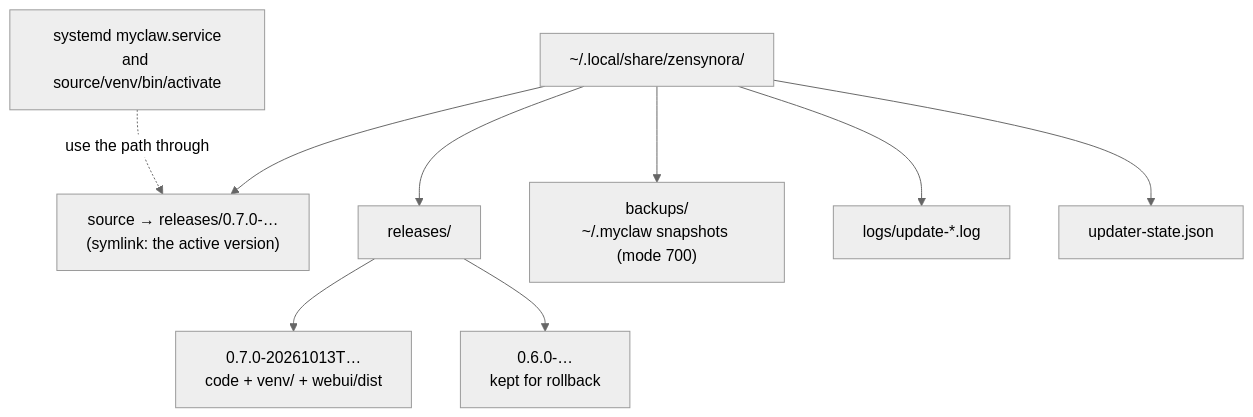
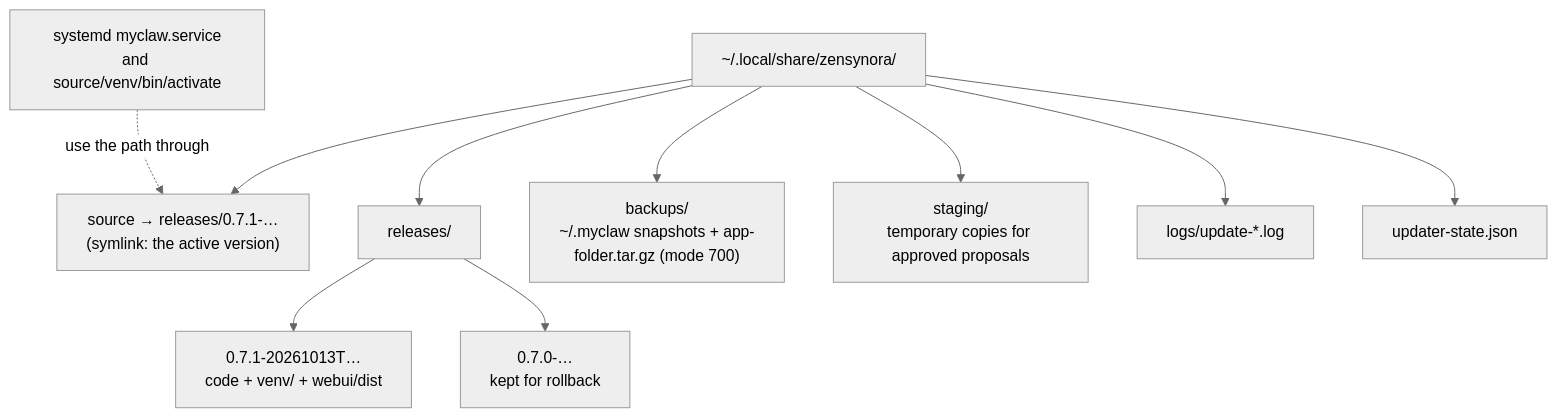
Before and after one commit to adrianx26/zensynora: diagram 11 of 14 in docs/architecture_diagram.md, drawn with Mermaid (neutral theme). The commit also changed other lines of this file and 86 other files, not shown here.

````diff
--- a/docs/architecture_diagram.md
+++ b/docs/architecture_diagram.md
@@ -352,12 +384,13 @@
 ```mermaid
 flowchart TB
     base["~/.local/share/zensynora/"]
-    base --> src["source → releases/0.7.0-…<br/>(symlink: the active version)"]
+    base --> src["source → releases/0.7.1-…<br/>(symlink: the active version)"]
     base --> rel["releases/"]
-    rel --> r1["0.7.0-20261013T…<br/>code + venv/ + webui/dist"]
-    rel --> r2["0.6.0-…<br/>kept for rollback"]
-    base --> bk["backups/<br/>~/.myclaw snapshots (mode 700)"]
+    rel --> r1["0.7.1-20261013T…<br/>code + venv/ + webui/dist"]
+    rel --> r2["0.7.0-…<br/>kept for rollback"]
+    base --> bk["backups/<br/>~/.myclaw snapshots + app-folder.tar.gz (mode 700)"]
+    base --> stg["staging/<br/>temporary copies for approved proposals"]
     base --> lg["logs/update-*.log"]
     base --> st["updater-state.json"]
     svc["systemd myclaw.service<br/>and source/venv/bin/activate"] -. "use the path through" .-> src
 ```
````
